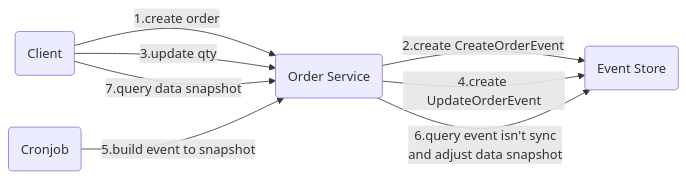
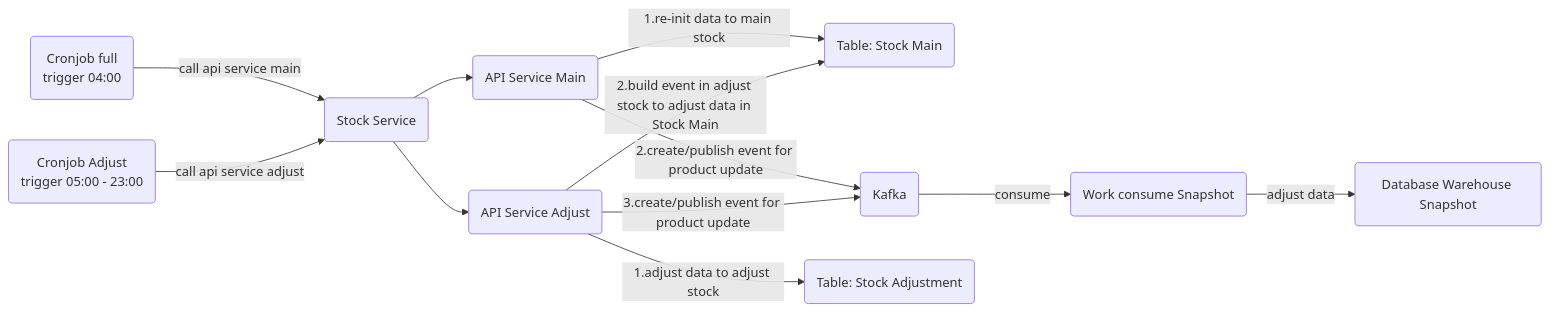
Before and after one commit to rosered11/org_document: the second of 8 diagrams in SPC/Inventory/architecture.md, drawn with Mermaid. The commit also changed other lines of this file and 2 other files, not shown here.

Commit message:
update flow

````diff
--- a/SPC/Inventory/architecture.md
+++ b/SPC/Inventory/architecture.md
@@ -6,10 +26,15 @@
 ```mermaid
 graph LR
-    Client(Client) -- 1.create order --> Order(Order Service)
-    Order -- 2.create CreateOrderEvent --> Event(Event Store)
-    Client -- 3.update qty --> Order
-    Order -- 4.create UpdateOrderEvent --> Event
-    Cron(Cronjob) -- 5.build event to snapshot --> Order
-    Order -- 6.query event isn't sync<br>and adjust data snapshot --> Event
-    Client -- 7.query data snapshot --> Order
+StockSvc(Stock Service) --> ControllerMain(API Service Main)
+ControllerMain -- 1.re-init data to main stock --> StockMainDb(Table: Stock Main)
+ControllerMain -- 2.create/publish event for product update --> Kafka(Kafka)
+StockSvc(Stock Service) --> ControllerAdjust(API Service Adjust)
+ControllerAdjust -- 1.adjust data to adjust stock --> StockAdjustDb(Table: Stock Adjustment)
+ControllerAdjust -- 2.build event in adjust stock to adjust data in Stock Main --> StockMainDb
+ControllerAdjust -- 3.create/publish event for product update --> Kafka
+
+CronFull(Cronjob full<br>trigger 04:00) -- call api service main--> StockSvc
+CronAdjust(Cronjob Adjust<br>trigger 05:00 - 23:00) -- call api service adjust --> StockSvc
+Kafka -- consume --> Worker(Work consume Snapshot)
+Worker -- adjust data --> DatabaseSnap(Database Warehouse Snapshot)
 ```
````
